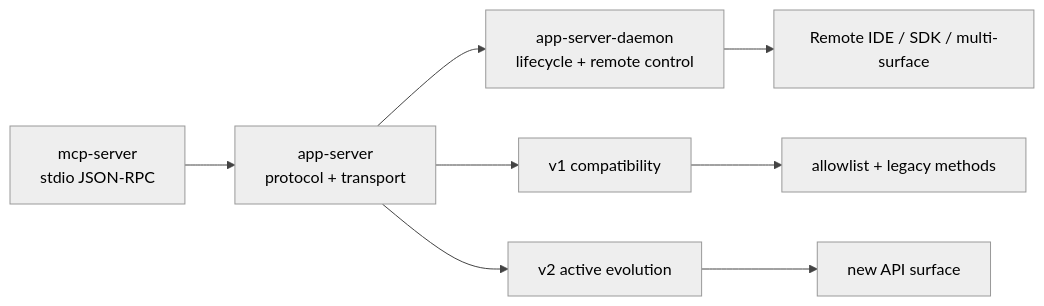
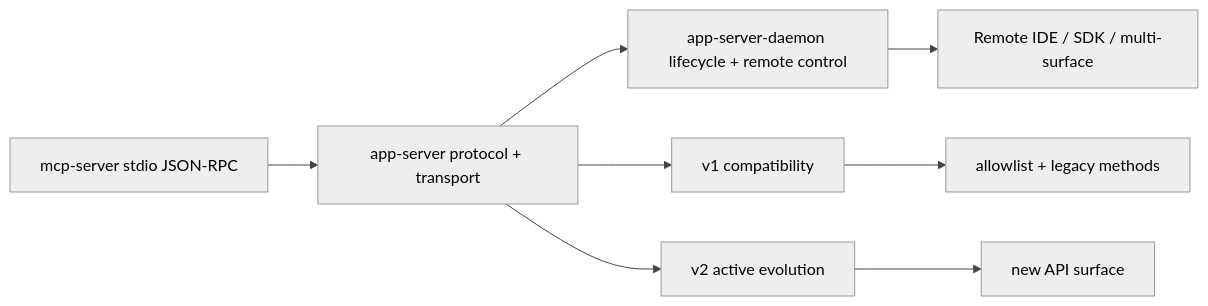
Before and after one commit to GLBB/codex-source-analysis: the fifth of 6 diagrams in 总纲-Codex技术主线分析.md, drawn with Mermaid. The commit also changed other lines of this file and 12 other files, not shown here.

````diff
--- a/总纲-Codex技术主线分析.md
+++ b/总纲-Codex技术主线分析.md
@@ -491,11 +516,11 @@
 ```mermaid
-%%{init: {"theme": "neutral", "themeVariables": {"background": "#ffffff","primaryColor": "#f5f5f5","primaryTextColor": "#000000","primaryBorderColor": "#333333","lineColor": "#444444","secondaryColor": "#f8f8f8","tertiaryColor": "#ffffff","edgeLabelBackground": "#ffffff","fontFamily": "Helvetica"}, "themeCSS": "svg { background: #ffffff !important; } .label, .nodeLabel, .edgeLabel, text { fill: #000000 !important; color: #000000 !important; }"}}%%
+%%{init:{'theme':'neutral','themeVariables':{'background':'#ffffff','primaryColor':'#f5f5f5','primaryTextColor':'#000000','primaryBorderColor':'#333333','lineColor':'#444444','secondaryColor':'#f8f8f8','tertiaryColor':'#ffffff','edgeLabelBackground':'#ffffff','fontFamily':'Helvetica'}}}%%
 flowchart LR
-  A[mcp-server<br/>stdio JSON-RPC] --> B[app-server<br/>protocol + transport]
-  B --> C[app-server-daemon<br/>lifecycle + remote control]
-  C --> D[Remote IDE / SDK / multi-surface]
-  B --> E[v1 compatibility]
-  B --> F[v2 active evolution]
-  E --> G[allowlist + legacy methods]
-  F --> H[new API surface]
+  A["mcp-server stdio JSON-RPC"] --> B["app-server protocol + transport"]
+  B --> C["app-server-daemon lifecycle + remote control"]
+  C --> D["Remote IDE / SDK / multi-surface"]
+  B --> E["v1 compatibility"]
+  B --> F["v2 active evolution"]
+  E --> G["allowlist + legacy methods"]
+  F --> H["new API surface"]
 ```
````
